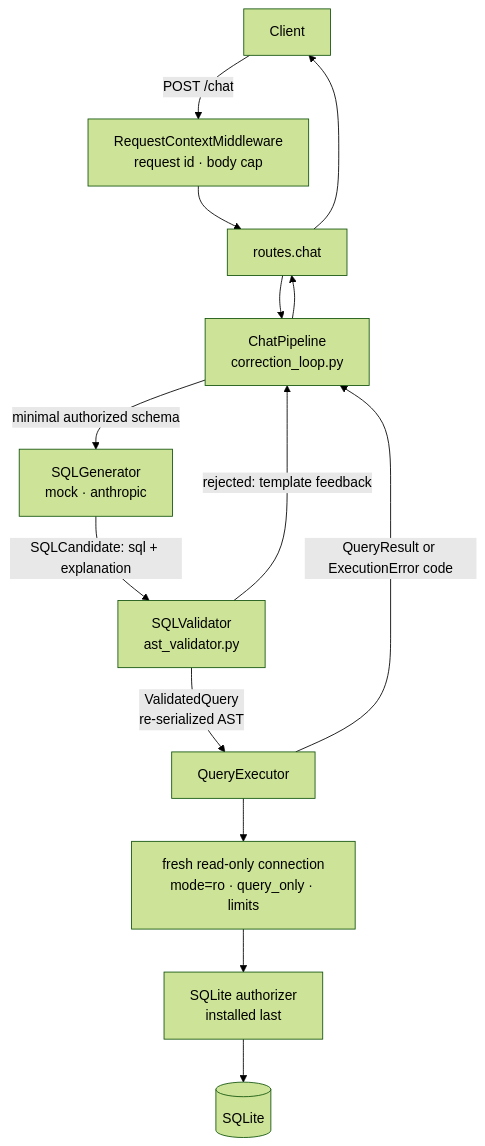
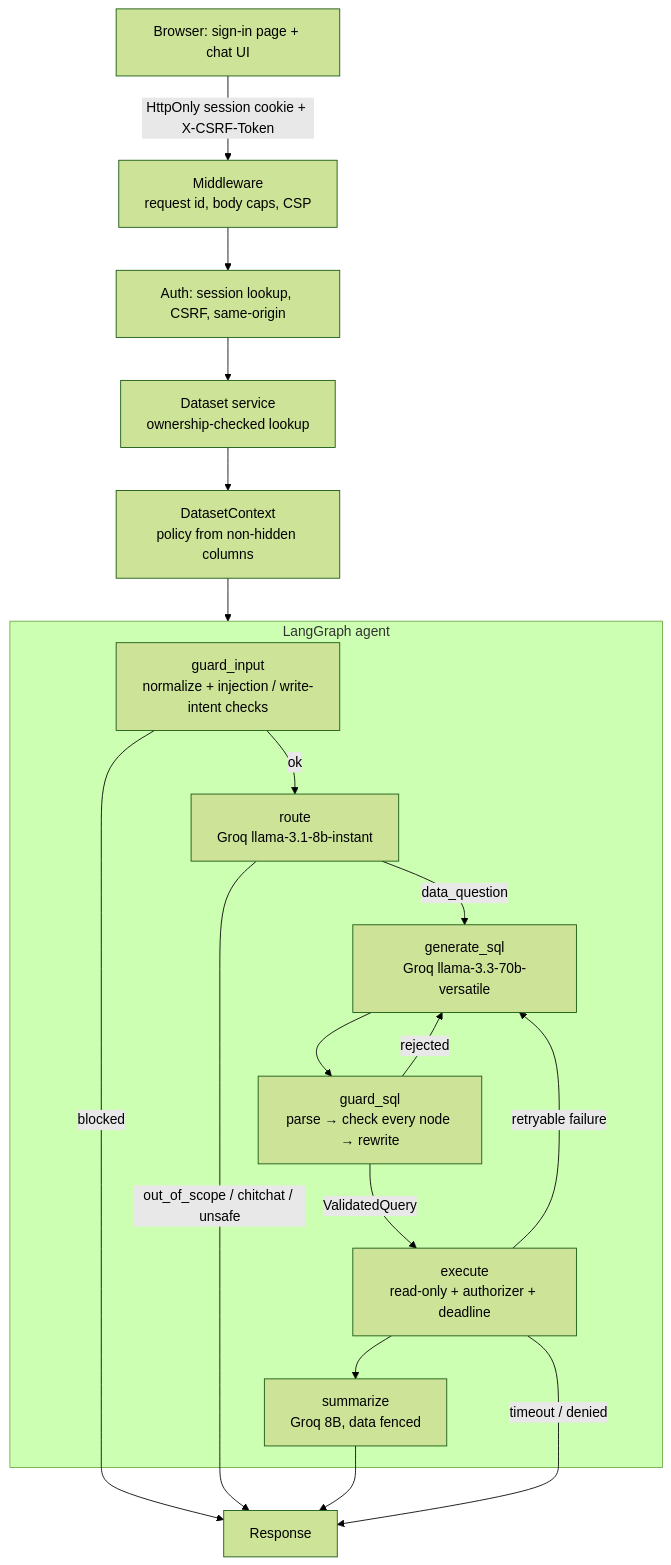
Before and after one commit to anurag-23werty/SqlYapperr: the diagram in docs/ARCHITECTURE.md, drawn with Mermaid (forest theme). The commit also changed other lines of this file and 5 other files, not shown here.

Commit message:
docs: architecture, security policy, threat model, limitations, test report

````diff
--- a/docs/ARCHITECTURE.md
+++ b/docs/ARCHITECTURE.md
@@ -5,15 +5,23 @@
 ```mermaid
 flowchart TD
-    U[Client] -->|POST /chat| MW[RequestContextMiddleware<br/>request id · body cap]
-    MW --> R[routes.chat]
-    R --> P[ChatPipeline<br/>correction_loop.py]
-    P -->|minimal authorized schema| G[SQLGenerator<br/>mock · anthropic]
-    G -->|SQLCandidate: sql + explanation| V[SQLValidator<br/>ast_validator.py]
-    V -->|rejected: template feedback| P
-    V -->|ValidatedQuery<br/>re-serialized AST| X[QueryExecutor]
-    X --> C[fresh read-only connection<br/>mode=ro · query_only · limits]
-    C --> A[SQLite authorizer<br/>installed last]
-    A --> DB[(SQLite)]
-    X -->|QueryResult or ExecutionError code| P
-    P --> R --> U
+    B[Browser: sign-in page + chat UI] -->|HttpOnly session cookie + X-CSRF-Token| MW[Middleware<br/>request id, body caps, CSP]
+    MW --> AUTH[Auth: session lookup, CSRF, same-origin]
+    AUTH --> DS[Dataset service<br/>ownership-checked lookup]
+    DS --> CTX[DatasetContext<br/>policy from non-hidden columns]
+    CTX --> G
+
+    subgraph G[LangGraph agent]
+      IG[guard_input<br/>normalize + injection / write-intent checks] -->|ok| RT[route<br/>Groq llama-3.1-8b-instant]
+      RT -->|data_question| GEN[generate_sql<br/>Groq llama-3.3-70b-versatile]
+      GEN --> GS[guard_sql<br/>parse → check every node → rewrite]
+      GS -->|rejected| GEN
+      GS -->|ValidatedQuery| EX[execute<br/>read-only + authorizer + deadline]
+      EX -->|retryable failure| GEN
+      EX --> SUM[summarize<br/>Groq 8B, data fenced]
+    end
+
+    IG -->|blocked| OUT[Response]
+    RT -->|out_of_scope / chitchat / unsafe| OUT
+    SUM --> OUT
+    EX -->|timeout / denied| OUT
 ```
````
